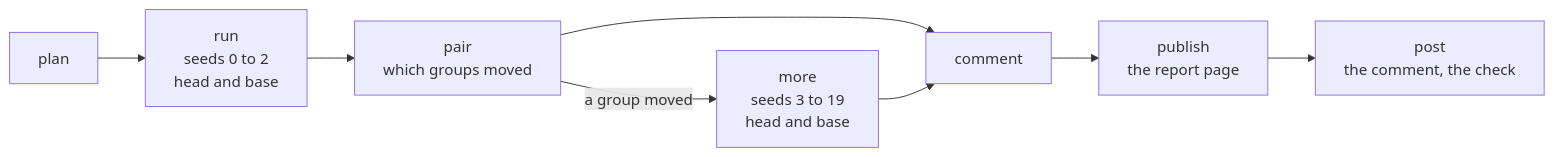
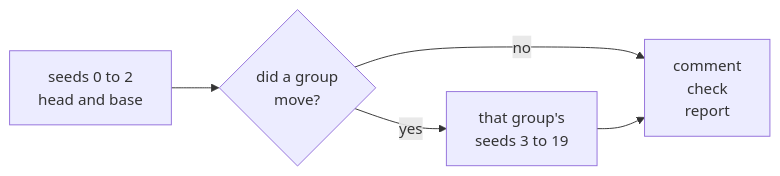
One commit to logos-messaging/chat-sim changed the diagram in guide/src/content/docs/track/pull-request.md. Above: the diagram before and after it, drawn with Mermaid. The commit also changed other lines of this file and 10 other files, not shown here.

````diff
--- a/guide/src/content/docs/track/pull-request.md
+++ b/guide/src/content/docs/track/pull-request.md
@@ -14,10 +147,7 @@
 ```mermaid
 flowchart LR
-    plan["plan"] --> run["run<br/>seeds 0 to 2<br/>head and base"]
-    run --> pair["pair<br/>which groups moved"]
-    pair -->|"a group moved"| more["more<br/>seeds 3 to 19<br/>head and base"]
-    pair --> comment["comment"]
-    more --> comment
-    comment --> publish["publish<br/>the report page"]
-    publish --> post["post<br/>the comment, the check"]
+    first["seeds 0 to 2<br/>head and base"] --> moved{"did a group<br/>move?"}
+    moved -->|"yes"| more["that group's<br/>seeds 3 to 19"]
+    moved -->|"no"| out["comment<br/>check<br/>report"]
+    more --> out
 ```
````
